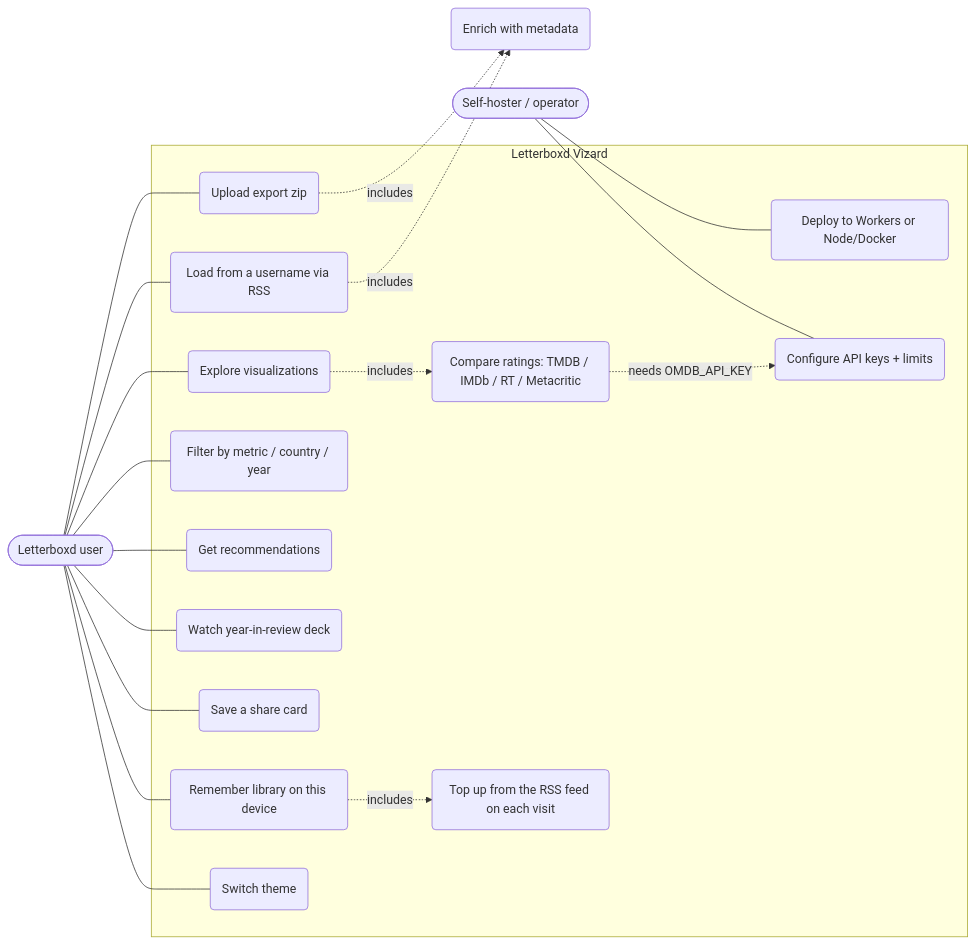
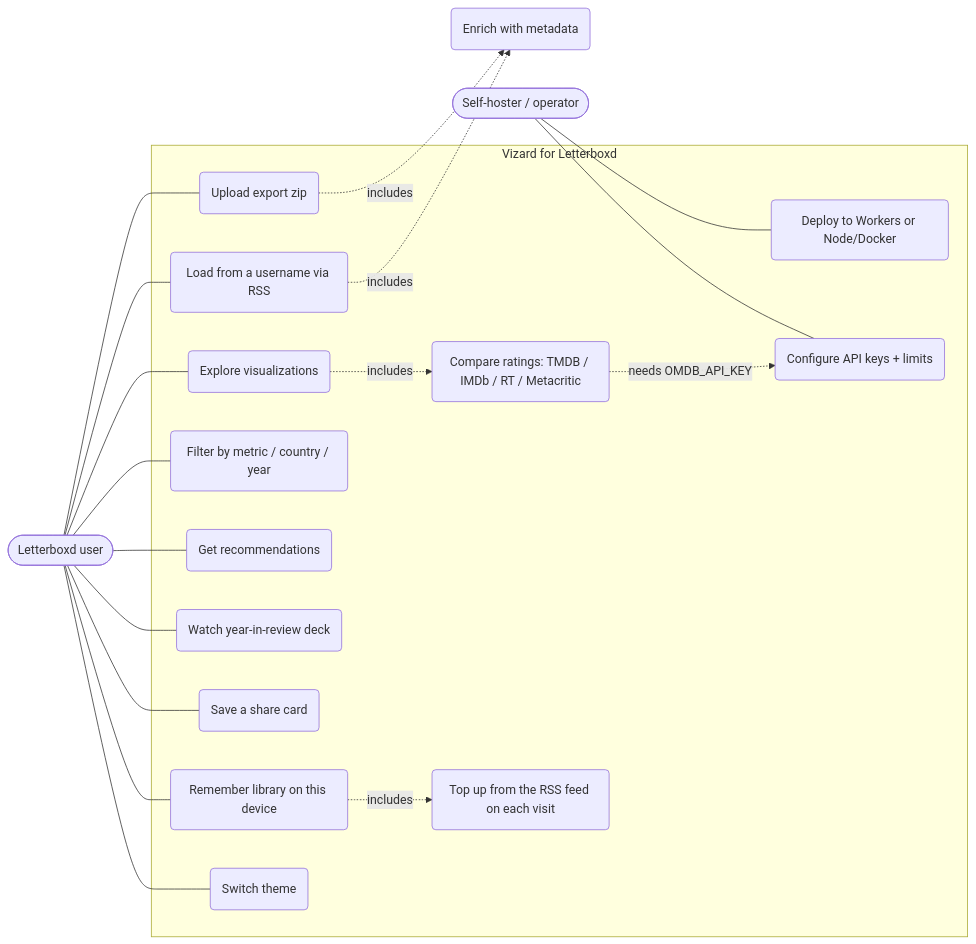
One commit to LaurinSorgend/letterboxd-vizard changed the second of 26 diagrams in docs/ARCHITECTURE.md. Above: the diagram before and after it, drawn with Mermaid. The commit also changed other lines of this file and 9 other files, not shown here.

Commit message:
Rename to Vizard for Letterboxd and move to vizard.sorgend.org

````diff
--- a/docs/ARCHITECTURE.md
+++ b/docs/ARCHITECTURE.md
@@ -71,29 +71,29 @@
 ```mermaid
 flowchart LR
     viewer([Letterboxd user])
     host([Self-hoster / operator])
 
-    subgraph app[Letterboxd Vizard]
+    subgraph app[Vizard for Letterboxd]
         uc1(Upload export zip)
         uc12(Load from a username via RSS)
         uc13(Top up from the RSS feed on each visit)
         uc2(Explore visualizations)
         uc3(Filter by metric / country / year)
         uc4(Get recommendations)
         uc5(Watch year-in-review deck)
         uc6(Save a share card)
         uc7(Remember library on this device)
         uc8(Compare ratings: TMDB / IMDb / RT / Metacritic)
         uc9(Switch theme)
         uc10(Deploy to Workers or Node/Docker)
         uc11(Configure API keys + limits)
     end
 
     viewer --- uc1 & uc12 & uc2 & uc3 & uc4 & uc5 & uc6 & uc7 & uc9
     uc2 -.->|includes| uc8
     uc1 -.->|includes| enrichuc(Enrich with metadata)
     uc12 -.->|includes| enrichuc
     uc7 -.->|includes| uc13
     uc8 -.->|needs OMDB_API_KEY| uc11
     host --- uc10 & uc11
 ```
````
